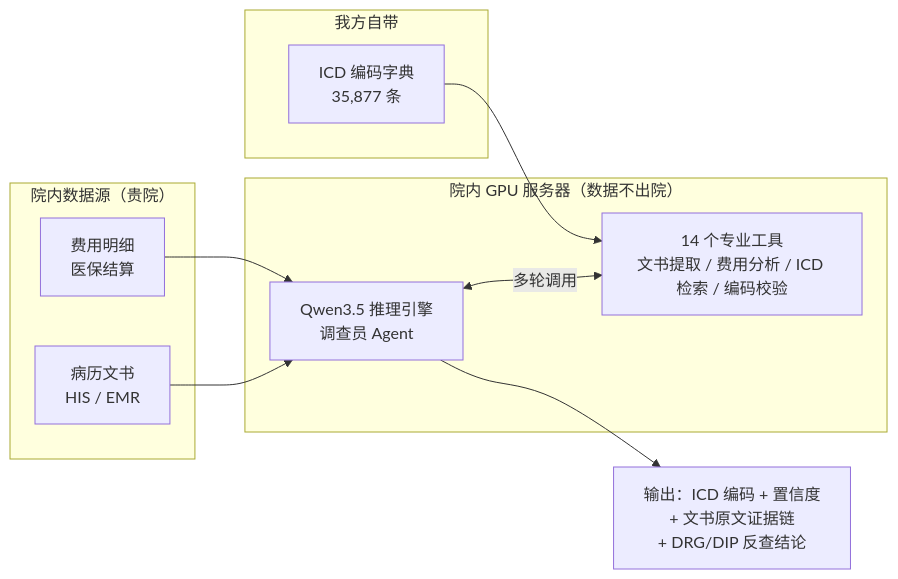
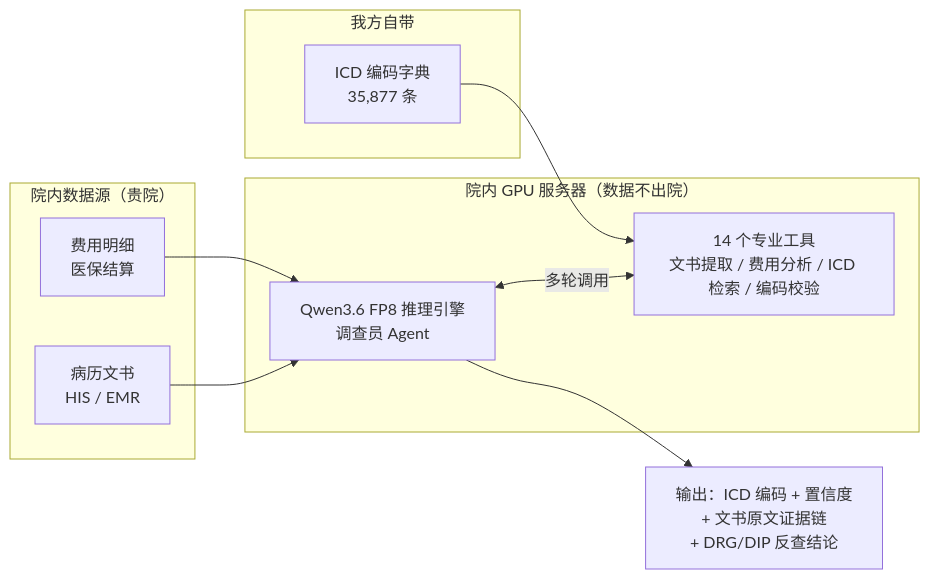
The first of 3 diagrams in Info_Sync/01_Zadig与Javert_产品与数据对接说明.md (Oala-null/JavertAgent), drawn with Mermaid before and after one commit. The commit also changed other lines of this file and 39 other files, not shown here.

````diff
--- a/Info_Sync/01_Zadig与Javert_产品与数据对接说明.md
+++ b/Info_Sync/01_Zadig与Javert_产品与数据对接说明.md
@@ -94,19 +98,19 @@
 ```mermaid
 flowchart LR
     subgraph HOSP["院内数据源（贵院）"]
         A["病历文书<br/>HIS / EMR"]
         B["费用明细<br/>医保结算"]
     end
     subgraph OURS["我方自带"]
         C["ICD 编码字典<br/>35,877 条"]
     end
     subgraph BOX["院内 GPU 服务器（数据不出院）"]
-        E["Qwen3.5 推理引擎<br/>调查员 Agent"]
+        E["Qwen3.6 FP8 推理引擎<br/>调查员 Agent"]
         F["14 个专业工具<br/>文书提取 / 费用分析 / ICD 检索 / 编码校验"]
         E <-->|多轮调用| F
     end
     A --> E
     B --> E
     C --> F
     E --> G["输出：ICD 编码 + 置信度<br/>+ 文书原文证据链<br/>+ DRG/DIP 反查结论"]
 ```
````
